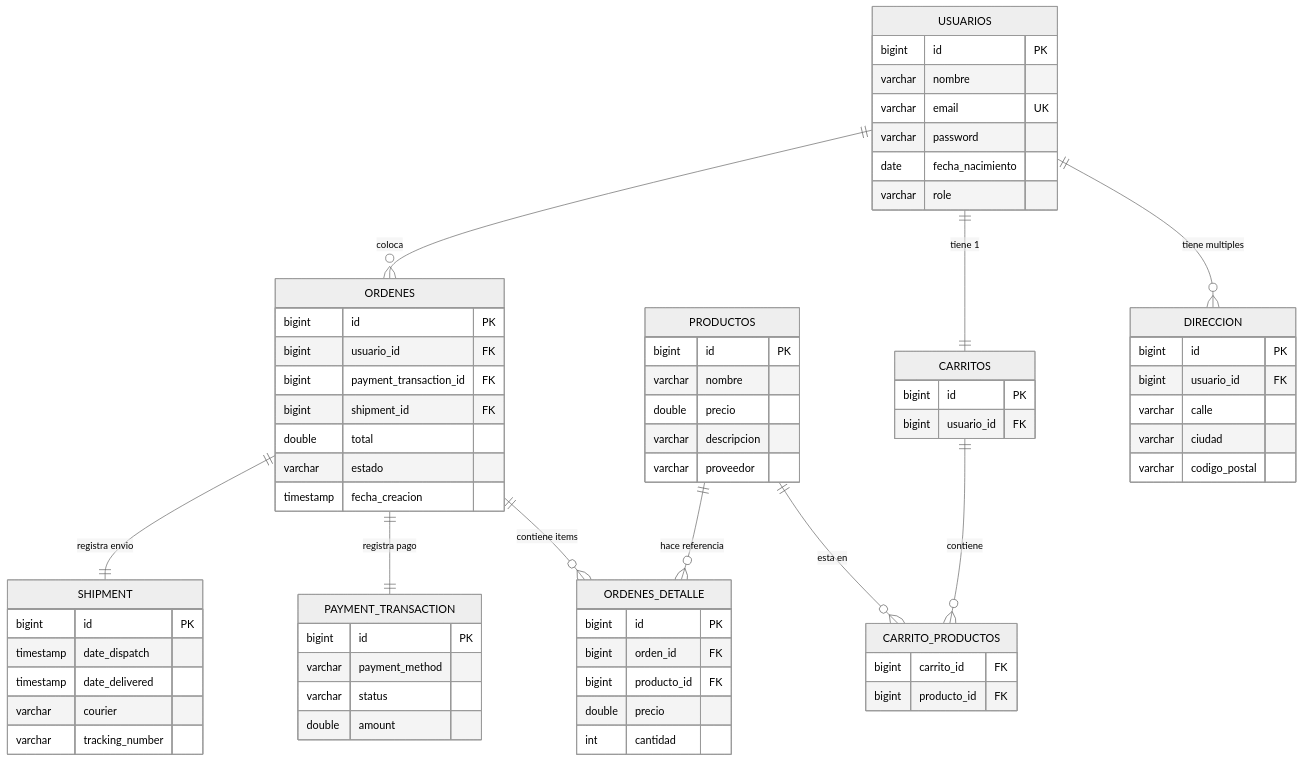
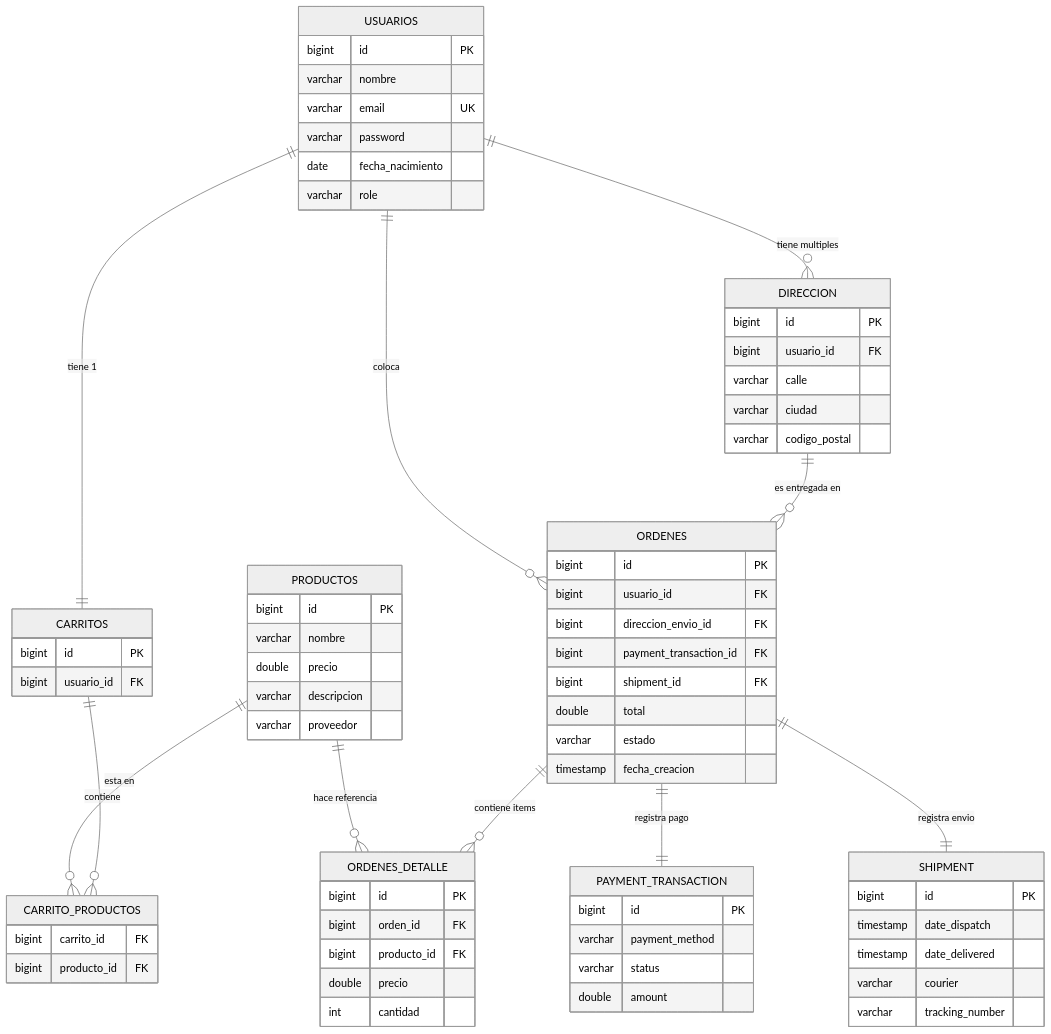
The second of 8 diagrams in backend/README.md (RBCuevasEscobar/BIU-M2-app), drawn with Mermaid (neutral theme) before and after one commit. The commit also changed other lines of this file and 111 other files, not shown here.

Commit message:
Refactorizacion asignacion direccion envio a orden

````diff
--- a/backend/README.md
+++ b/backend/README.md
@@ -847,72 +847,74 @@
 ```mermaid
 erDiagram
     USUARIOS {
         bigint id PK
         varchar nombre
         varchar email UK
         varchar password
         date fecha_nacimiento
         varchar role
     }
     DIRECCION {
         bigint id PK
         bigint usuario_id FK
         varchar calle
         varchar ciudad
         varchar codigo_postal
     }
     PRODUCTOS {
         bigint id PK
         varchar nombre
         double precio
         varchar descripcion
         varchar proveedor
     }
     CARRITOS {
         bigint id PK
         bigint usuario_id FK
     }
     CARRITO_PRODUCTOS {
         bigint carrito_id FK
         bigint producto_id FK
     }
     ORDENES {
         bigint id PK
         bigint usuario_id FK
+        bigint direccion_envio_id FK
         bigint payment_transaction_id FK
         bigint shipment_id FK
         double total
         varchar estado
         timestamp fecha_creacion
     }
     ORDENES_DETALLE {
         bigint id PK
         bigint orden_id FK
         bigint producto_id FK
         double precio
         int cantidad
     }
     PAYMENT_TRANSACTION {
         bigint id PK
         varchar payment_method
         varchar status
         double amount
     }
     SHIPMENT {
         bigint id PK
         timestamp date_dispatch
         timestamp date_delivered
         varchar courier
         varchar tracking_number
     }
 
     USUARIOS ||--o{ DIRECCION : "tiene multiples"
+    DIRECCION ||--o{ ORDENES : "es entregada en"
     USUARIOS ||--|| CARRITOS : "tiene 1"
     CARRITOS ||--o{ CARRITO_PRODUCTOS : "contiene"
     PRODUCTOS ||--o{ CARRITO_PRODUCTOS : "esta en"
     USUARIOS ||--o{ ORDENES : "coloca"
     ORDENES ||--o{ ORDENES_DETALLE : "contiene items"
     PRODUCTOS ||--o{ ORDENES_DETALLE : "hace referencia"
     ORDENES ||--|| PAYMENT_TRANSACTION : "registra pago"
     ORDENES ||--|| SHIPMENT : "registra envio"
 ```
````
